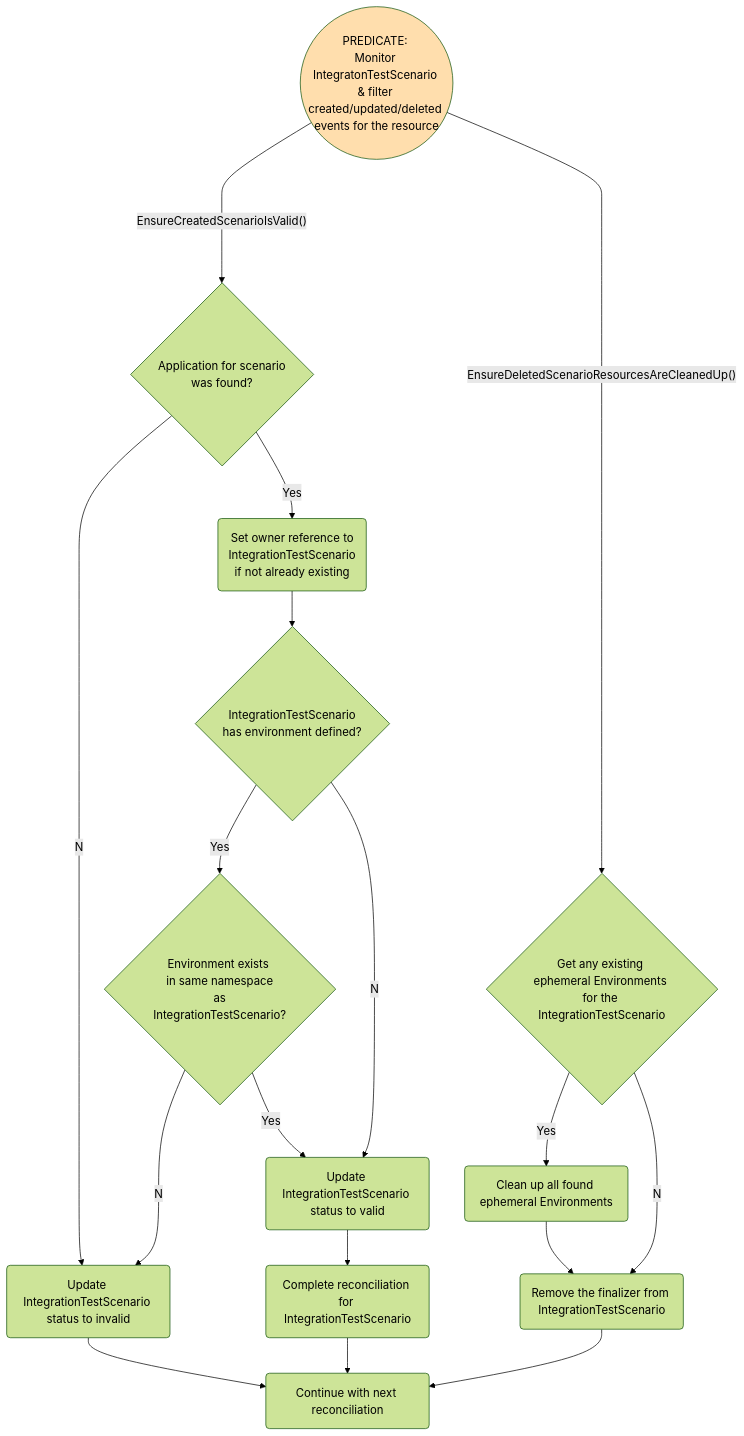
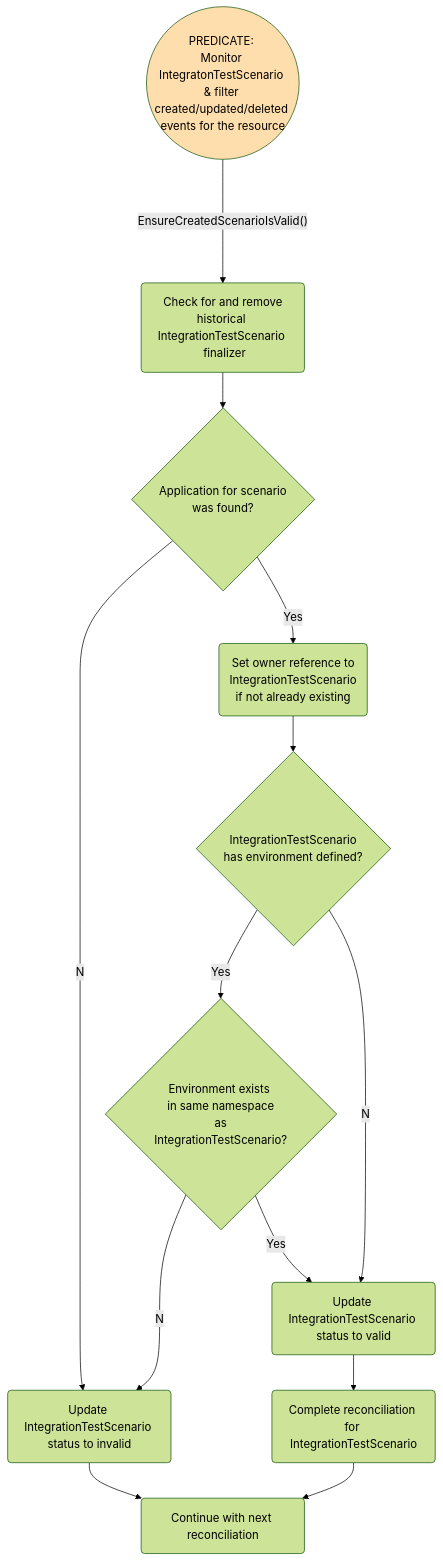
Before and after one commit to konflux-ci/integration-service: the diagram in docs/scenario-controller.md, drawn with Mermaid. The commit also changed 9 other files, not shown here.

First line of the commit message:
fix(STONEINTG-815): remove ephemeral env cleanup code

````diff
--- a/docs/scenario-controller.md
+++ b/docs/scenario-controller.md
@@ -3,51 +3,43 @@
 ```mermaid
 
 %%{init: {'theme':'forest'}}%%
 flowchart TD
   %% Defining the styles
   classDef Red fill:#FF9999;
   classDef Amber fill:#FFDEAD;
   classDef Green fill:#BDFFA4;
 
   predicate((PREDICATE: <br>Monitor IntegratonTestScenario <br>& filter created/updated/deleted <br>events for the resource ))
   %%%%%%%%%%%%%%%%%%%%%%% Drawing EnsureCreatedScenarioIsValid() function
 
   %% Node definitions
   
   application_exists{"Application for scenario <br>was found?"}
   set_owner_reference(Set owner reference to <br>IntegrationTestScenario <br> if not already existing)
   environment_defined{"IntegrationTestScenario <br>has environment defined?"}
   environment_exists{"Environment exists <br> in same namespace <br> as IntegrationTestScenario?"}
   update_scenario_status_valid(Update IntegrationTestScenario <br>status to valid)
   update_scenario_status_invalid(Update IntegrationTestScenario <br>status to invalid)
-  get_any_environments_for_scenario{Get any existing ephemeral Environments for the <br>IntegrationTestScenario}
-  cleanup_all_found_environments(Clean up all found ephemeral Environments)
-  remove_finalizer(Remove the finalizer from IntegrationTestScenario)
+  remove_historical_finalizer(Check for and remove<br>historical IntegrationTestScenario <br> finalizer)
   complete_reconciliation(Complete reconciliation for <br>IntegrationTestScenario)
   continue_reconciliation(Continue with next reconciliation)
 
 
   %% Node connections
-  predicate                        ---->    |"EnsureCreatedScenarioIsValid()"| application_exists
+  predicate                        ---->    |"EnsureCreatedScenarioIsValid()"| remove_historical_finalizer
+  remove_historical_finalizer      -->      application_exists
   application_exists               --No-->  update_scenario_status_invalid
   application_exists               --Yes--> set_owner_reference
   set_owner_reference              -->      environment_defined
   environment_defined              --Yes--> environment_exists
   environment_defined              --No-->  update_scenario_status_valid
   environment_exists               --No-->  update_scenario_status_invalid
   environment_exists               --Yes--> update_scenario_status_valid
   update_scenario_status_valid     -->      complete_reconciliation
   complete_reconciliation          -->      continue_reconciliation
   update_scenario_status_invalid   -->      continue_reconciliation
 
-%% Node connections
-predicate                          -->      |"EnsureDeletedScenarioResourcesAreCleanedUp()"| get_any_environments_for_scenario
-get_any_environments_for_scenario  --Yes--> cleanup_all_found_environments
-get_any_environments_for_scenario  --No-->  remove_finalizer
-cleanup_all_found_environments     -->      remove_finalizer
-remove_finalizer                   -->      continue_reconciliation
-
    %% Assigning styles to nodes
   class predicate Amber;
 
   ```
````
